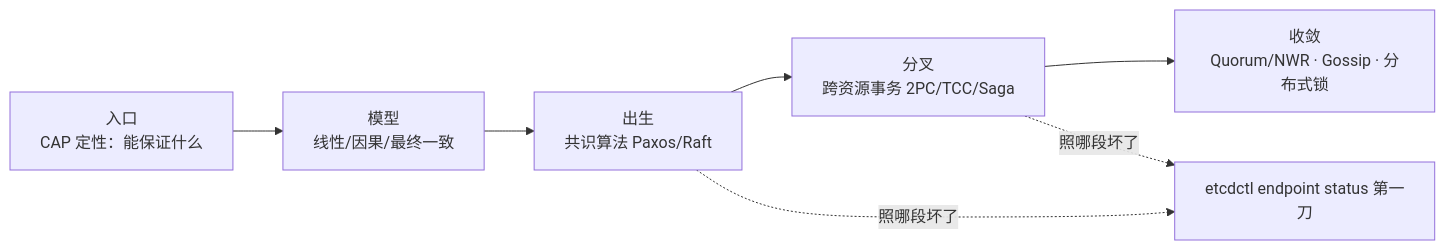
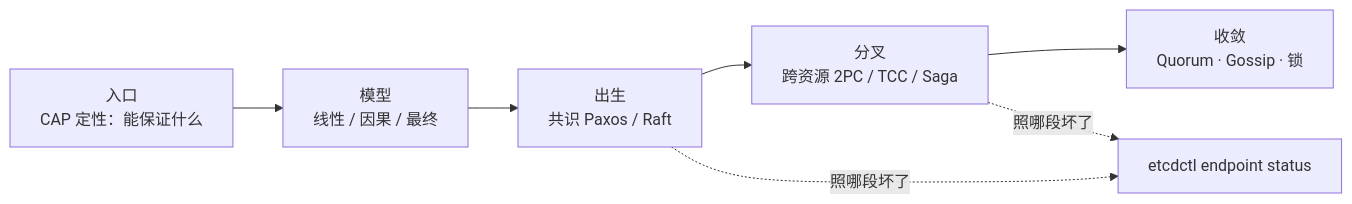
The first of 11 diagrams in 02-中间件与数据库/06-分布式理论与一致性/知识点.md (ml-cuizijun/LearnToLilith), drawn with Mermaid before and after one commit. The commit also changed other lines of this file and 178 other files, not shown here.

````diff
--- a/02-中间件与数据库/06-分布式理论与一致性/知识点.md
+++ b/02-中间件与数据库/06-分布式理论与一致性/知识点.md
@@ -21,9 +15,9 @@
 ```mermaid
 flowchart LR
-    ENTRY["入口<br/>CAP 定性：能保证什么"] --> MODEL["模型<br/>线性/因果/最终一致"]
-    MODEL --> BORN["出生<br/>共识算法 Paxos/Raft"]
-    BORN --> TXN["分叉<br/>跨资源事务 2PC/TCC/Saga"]
-    TXN --> CONVERGE["收敛<br/>Quorum/NWR · Gossip · 分布式锁"]
-    BORN -.->|照哪段坏了| KNIFE["etcdctl endpoint status 第一刀"]
+    ENTRY["入口<br/>CAP 定性：能保证什么"] --> MODEL["模型<br/>线性 / 因果 / 最终"]
+    MODEL --> BORN["出生<br/>共识 Paxos / Raft"]
+    BORN --> TXN["分叉<br/>跨资源 2PC / TCC / Saga"]
+    TXN --> CONVERGE["收敛<br/>Quorum · Gossip · 锁"]
+    BORN -.->|照哪段坏了| KNIFE["etcdctl endpoint status"]
     TXN -.->|照哪段坏了| KNIFE
 ```
````
